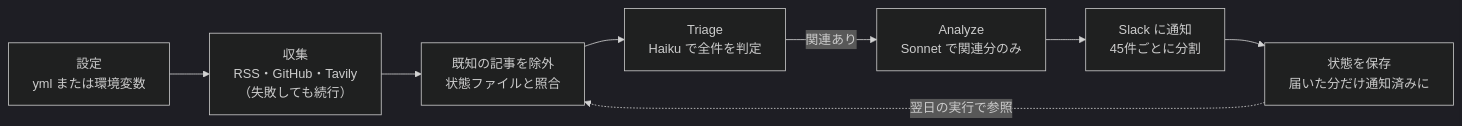
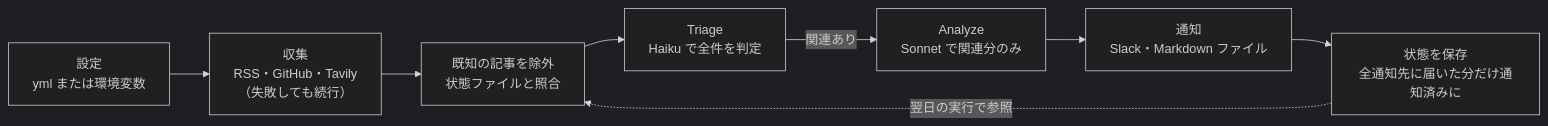
Before and after one commit to tanatyu12/pochi: the diagram in docs/SPEC.md, drawn with Mermaid (dark theme). The commit also changed other lines of this file and 23 other files, not shown here.

First line of the commit message:
feat(notify): deliver through configurable channels, adding Markdown files

````diff
--- a/docs/SPEC.md
+++ b/docs/SPEC.md
@@ -166,10 +170,10 @@
 ```mermaid
 flowchart LR
   config["設定<br/>yml または環境変数"] --> collect["収集<br/>RSS・GitHub・Tavily<br/>（失敗しても続行）"]
   collect --> dedupe["既知の記事を除外<br/>状態ファイルと照合"]
   dedupe --> triage["Triage<br/>Haiku で全件を判定"]
   triage -- 関連あり --> analyze["Analyze<br/>Sonnet で関連分のみ"]
-  analyze --> slack["Slack に通知<br/>45件ごとに分割"]
-  slack --> save["状態を保存<br/>届いた分だけ通知済みに"]
+  analyze --> notify["通知<br/>Slack・Markdown ファイル"]
+  notify --> save["状態を保存<br/>全通知先に届いた分だけ通知済みに"]
   save -. 翌日の実行で参照 .-> dedupe
 ```
````
